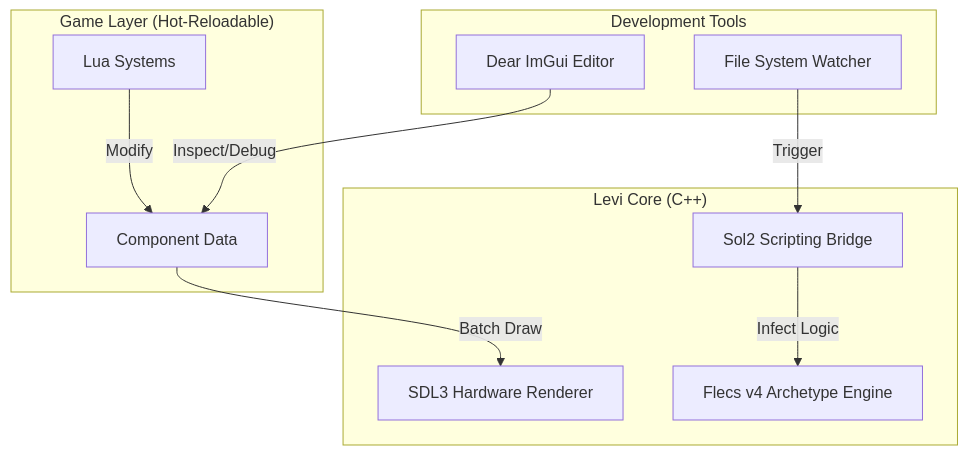
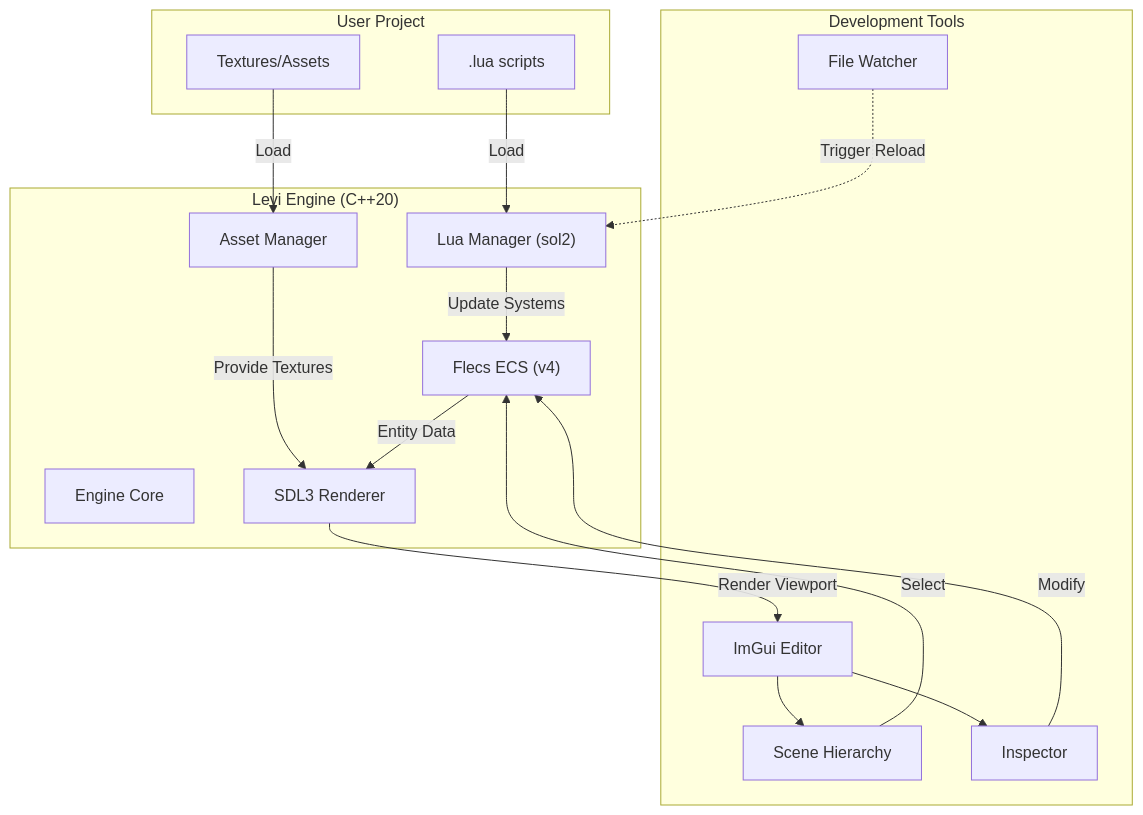
The first of 2 diagrams in README.md (DucMinh2211/levi-ecs), drawn with Mermaid before and after one commit. The commit also changed other lines of this file and 2 other files, not shown here.

````diff
--- a/README.md
+++ b/README.md
@@ -35,24 +39,38 @@
 ```mermaid
-graph TD
-    subgraph "Development Tools"
-        Editor[Dear ImGui Editor]
-        Watcher[File System Watcher]
+graph TB
+    subgraph "User Project"
+        Scripts[".lua scripts"]
+        Assets["Textures/Assets"]
     end
 
-    subgraph "Levi Core (C++)"
-        Renderer[SDL3 Hardware Renderer]
-        ECS[Flecs v4 Archetype Engine]
-        LuaBridge[Sol2 Scripting Bridge]
+    subgraph "Development Tools"
+        Watcher["File Watcher"]
+        Editor["ImGui Editor"]
+        Hierarchy["Scene Hierarchy"]
+        Inspector["Inspector"]
     end
 
-    subgraph "Game Layer (Hot-Reloadable)"
-        Logic[Lua Systems]
-        State[Component Data]
+    subgraph "Levi Engine (C++20)"
+        Core["Engine Core"]
+        LuaMgr["Lua Manager (sol2)"]
+        AssetMgr["Asset Manager"]
+        ECS["Flecs ECS (v4)"]
+        Renderer["SDL3 Renderer"]
     end
 
-    Watcher -->|Trigger| LuaBridge
-    LuaBridge -->|Infect Logic| ECS
-    Logic -->|Modify| State
-    State -->|Batch Draw| Renderer
-    Editor -->|Inspect/Debug| State
+    Watcher -.->|"Trigger Reload"| LuaMgr
+    Scripts -->|Load| LuaMgr
+    Assets -->|Load| AssetMgr
+    
+    LuaMgr -->|"Update Systems"| ECS
+    AssetMgr -->|"Provide Textures"| Renderer
+    
+    ECS -->|"Entity Data"| Renderer
+    
+    Editor --> Hierarchy
+    Editor --> Inspector
+    Hierarchy -->|"Select"| ECS
+    Inspector -->|"Modify"| ECS
+    
+    Renderer -->|"Render Viewport"| Editor
 ```
````
